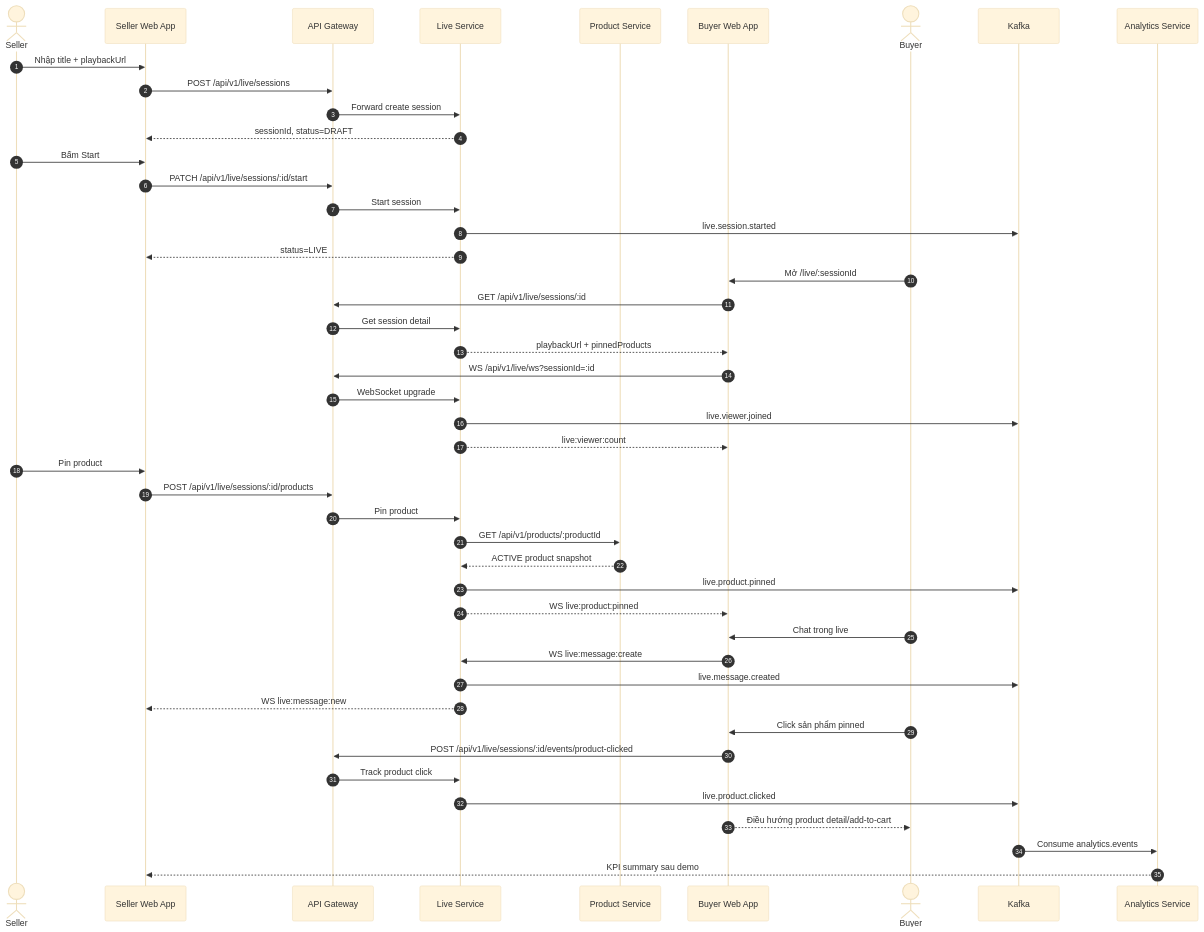
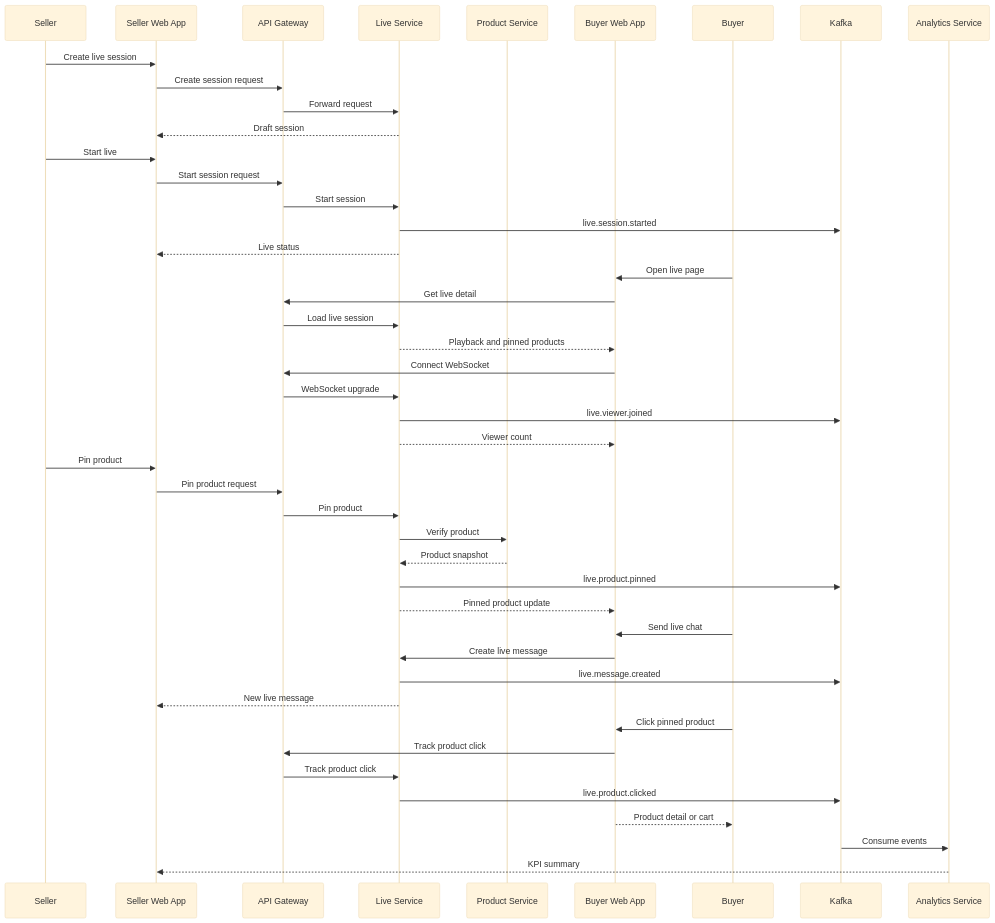
The second of 5 diagrams in docs/architecture/livestream-service-diagrams.md (truong-devops/ecommerce-microservices), drawn with Mermaid (base theme) before and after one commit. The commit also changed other lines of this file and 17 other files, not shown here.

Commit message:
docs(media-commerce): add devsecops guides and diagrams

````diff
--- a/docs/architecture/livestream-service-diagrams.md
+++ b/docs/architecture/livestream-service-diagrams.md
@@ -35,55 +32,54 @@
 ```mermaid
 sequenceDiagram
-  autonumber
-  actor Seller
+  participant Seller
   participant SellerApp as Seller Web App
   participant Gateway as API Gateway
   participant Live as Live Service
   participant Product as Product Service
   participant BuyerApp as Buyer Web App
-  actor Buyer
+  participant Buyer
   participant Kafka as Kafka
   participant Analytics as Analytics Service
 
-  Seller->>SellerApp: Nhập title + playbackUrl
-  SellerApp->>Gateway: POST /api/v1/live/sessions
-  Gateway->>Live: Forward create session
-  Live-->>SellerApp: sessionId, status=DRAFT
+  Seller->>SellerApp: Create live session
+  SellerApp->>Gateway: Create session request
+  Gateway->>Live: Forward request
+  Live-->>SellerApp: Draft session
 
-  Seller->>SellerApp: Bấm Start
-  SellerApp->>Gateway: PATCH /api/v1/live/sessions/:id/start
+  Seller->>SellerApp: Start live
+  SellerApp->>Gateway: Start session request
   Gateway->>Live: Start session
   Live->>Kafka: live.session.started
-  Live-->>SellerApp: status=LIVE
+  Live-->>SellerApp: Live status
 
-  Buyer->>BuyerApp: Mở /live/:sessionId
-  BuyerApp->>Gateway: GET /api/v1/live/sessions/:id
-  Gateway->>Live: Get session detail
-  Live-->>BuyerApp: playbackUrl + pinnedProducts
-  BuyerApp->>Gateway: WS /api/v1/live/ws?sessionId=:id
+  Buyer->>BuyerApp: Open live page
+  BuyerApp->>Gateway: Get live detail
+  Gateway->>Live: Load live session
+  Live-->>BuyerApp: Playback and pinned products
+  BuyerApp->>Gateway: Connect WebSocket
   Gateway->>Live: WebSocket upgrade
   Live->>Kafka: live.viewer.joined
-  Live-->>BuyerApp: live:viewer:count
+  Live-->>BuyerApp: Viewer count
 
   Seller->>SellerApp: Pin product
-  SellerApp->>Gateway: POST /api/v1/live/sessions/:id/products
+  SellerApp->>Gateway: Pin product request
   Gateway->>Live: Pin product
-  Live->>Product: GET /api/v1/products/:productId
-  Product-->>Live: ACTIVE product snapshot
+  Live->>Product: Verify product
+  Product-->>Live: Product snapshot
   Live->>Kafka: live.product.pinned
-  Live-->>BuyerApp: WS live:product:pinned
+  Live-->>BuyerApp: Pinned product update
 
-  Buyer->>BuyerApp: Chat trong live
-  BuyerApp->>Live: WS live:message:create
+  Buyer->>BuyerApp: Send live chat
+  BuyerApp->>Live: Create live message
   Live->>Kafka: live.message.created
-  Live-->>SellerApp: WS live:message:new
+  Live-->>SellerApp: New live message
 
-  Buyer->>BuyerApp: Click sản phẩm pinned
-  BuyerApp->>Gateway: POST /api/v1/live/sessions/:id/events/product-clicked
+  Buyer->>BuyerApp: Click pinned product
+  BuyerApp->>Gateway: Track product click
   Gateway->>Live: Track product click
   Live->>Kafka: live.product.clicked
-  BuyerApp-->>Buyer: Điều hướng product detail/add-to-cart
+  BuyerApp-->>Buyer: Product detail or cart
 
-  Kafka->>Analytics: Consume analytics.events
-  Analytics-->>SellerApp: KPI summary sau demo
+  Kafka->>Analytics: Consume events
+  Analytics-->>SellerApp: KPI summary
 ```
````
